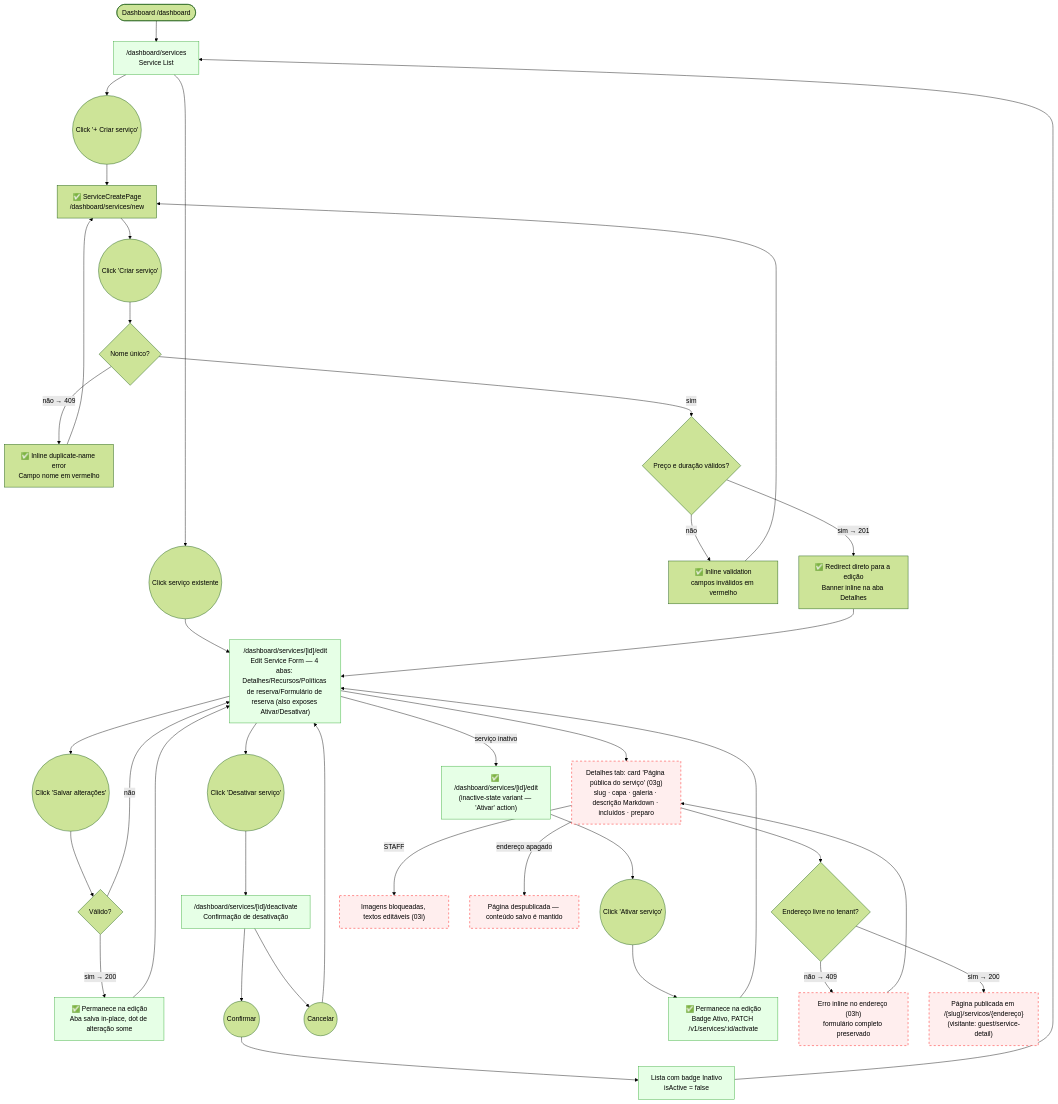
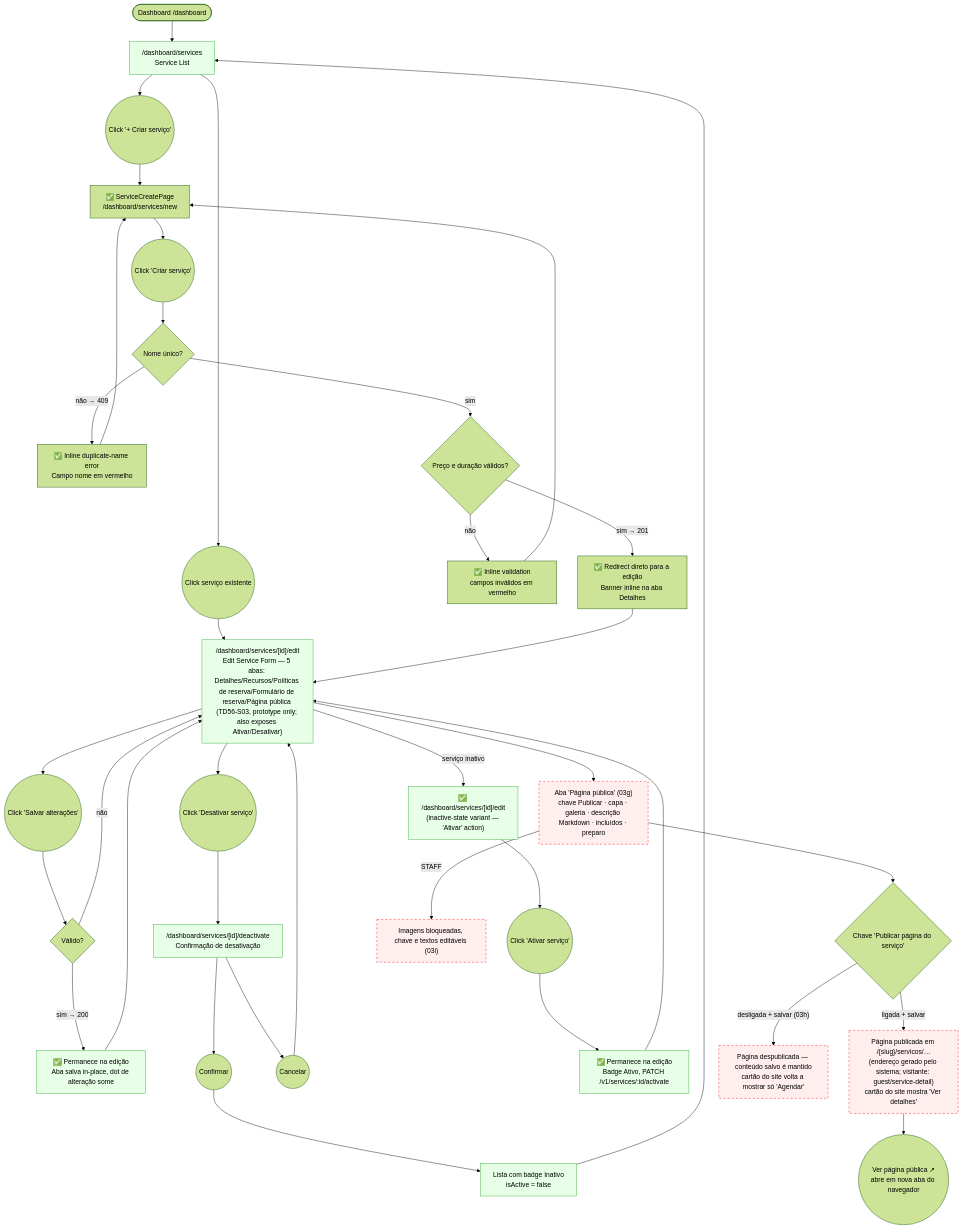
Before and after one commit to lmmoreira/ikaro: the diagram in journeys/staff/servicos.md, drawn with Mermaid (forest theme). The commit also changed other lines of this file and 21 other files, not shown here.

First line of the commit message:
docs(hotsite): move service public page to its own tab with a publish switch (TD56-S03)

````diff
--- a/journeys/staff/servicos.md
+++ b/journeys/staff/servicos.md
@@ -10,57 +10,56 @@
 ```mermaid
 flowchart TD
     classDef existing fill:#e6ffe6,stroke:#3a3
     classDef gap stroke:#f00,stroke-dasharray: 5 5,fill:#fee
 
     Start(["Dashboard /dashboard"]) --> List["/dashboard/services<br/>Service List"]
 
     List --> CreateBtn(("Click '+ Criar serviço'"))
     List --> EditClick(("Click serviço existente"))
 
     %% UC-012 — Create
     CreateBtn --> CreateForm["✅ ServiceCreatePage<br/>/dashboard/services/new"]
     CreateForm --> CreateSubmit(("Click 'Criar serviço'"))
     CreateSubmit --> NameCheck{"Nome único?"}
     NameCheck -- "não → 409" --> NameError["✅ Inline duplicate-name error<br/>Campo nome em vermelho"]
     NameError --> CreateForm
     NameCheck -- "sim" --> PriceCheck{"Preço e duração válidos?"}
     PriceCheck -- "não" --> ValError["✅ Inline validation<br/>campos inválidos em vermelho"]
     ValError --> CreateForm
     PriceCheck -- "sim → 201" --> CreateSuccess["✅ Redirect direto para a edição<br/>Banner inline na aba Detalhes"]
 
     %% UC-013 — Edit
-    EditClick --> EditForm["/dashboard/services/[id]/edit<br/>Edit Service Form — 4 abas: Detalhes/Recursos/Políticas de reserva/Formulário de reserva (also exposes Ativar/Desativar)"]
+    EditClick --> EditForm["/dashboard/services/[id]/edit<br/>Edit Service Form — 5 abas: Detalhes/Recursos/Políticas de reserva/Formulário de reserva/Página pública (TD56-S03, prototype only; also exposes Ativar/Desativar)"]
     EditForm --> EditSubmit(("Click 'Salvar alterações'"))
     EditSubmit --> EditCheck{"Válido?"}
     EditCheck -- "não" --> EditForm
     EditCheck -- "sim → 200" --> EditSuccess["✅ Permanece na edição<br/>Aba salva in-place, dot de alteração some"]
 
     EditForm --> DeactivateBtn(("Click 'Desativar serviço'"))
     DeactivateBtn --> DeactivateConfirm["/dashboard/services/[id]/deactivate<br/>Confirmação de desativação"]
     DeactivateConfirm --> ConfirmYes(("Confirmar"))
     DeactivateConfirm --> ConfirmNo(("Cancelar"))
     ConfirmYes --> DeactivateSuccess["Lista com badge Inativo<br/>isActive = false"]
     ConfirmNo --> EditForm
 
     %% UC-013 A4 — Reactivate (inactive service)
     EditForm -- "serviço inativo" --> InactiveEdit["✅ /dashboard/services/[id]/edit<br/>(inactive-state variant — 'Ativar' action)"]
     InactiveEdit --> ActivateBtn(("Click 'Ativar serviço'"))
     ActivateBtn --> ActivateSuccess["✅ Permanece na edição<br/>Badge Ativo, PATCH /v1/services/:id/activate"]
 
     %% UC-013 A5 — Public service page (TD56-S03)
-    EditForm --> PublicCard["Detalhes tab: card 'Página pública do serviço' (03g)<br/>slug · capa · galeria · descrição Markdown · incluídos · preparo"]
-    PublicCard --> SlugCheck{"Endereço livre no tenant?"}
-    SlugCheck -- "não → 409" --> SlugError["Erro inline no endereço (03h)<br/>formulário completo preservado"]
-    SlugError --> PublicCard
-    SlugCheck -- "sim → 200" --> PublicLive["Página publicada em /{slug}/servicos/{endereço}<br/>(visitante: guest/service-detail)"]
-    PublicCard -- "STAFF" --> StaffLocked["Imagens bloqueadas, textos editáveis (03i)"]
-    PublicCard -- "endereço apagado" --> Unpublished["Página despublicada — conteúdo salvo é mantido"]
+    EditForm --> PublicTab["Aba 'Página pública' (03g)<br/>chave Publicar · capa · galeria · descrição Markdown · incluídos · preparo"]
+    PublicTab --> PublishToggle{"Chave 'Publicar página do serviço'"}
+    PublishToggle -- "ligada + salvar" --> PublicLive["Página publicada em /{slug}/servicos/…<br/>(endereço gerado pelo sistema; visitante: guest/service-detail)<br/>cartão do site mostra 'Ver detalhes'"]
+    PublishToggle -- "desligada + salvar (03h)" --> Unpublished["Página despublicada — conteúdo salvo é mantido<br/>cartão do site volta a mostrar só 'Agendar'"]
+    PublicLive --> ViewLink(("Ver página pública ↗<br/>abre em nova aba do navegador"))
+    PublicTab -- "STAFF" --> StaffLocked["Imagens bloqueadas, chave e textos editáveis (03i)"]
 
     CreateSuccess --> EditForm
     EditSuccess --> EditForm
     DeactivateSuccess --> List
     ActivateSuccess --> EditForm
 
     class List,EditForm,DeactivateConfirm,EditSuccess,DeactivateSuccess,InactiveEdit,ActivateSuccess existing
-    class PublicCard,SlugError,PublicLive,StaffLocked,Unpublished gap
+    class PublicTab,PublicLive,Unpublished,StaffLocked gap
 ```
````
